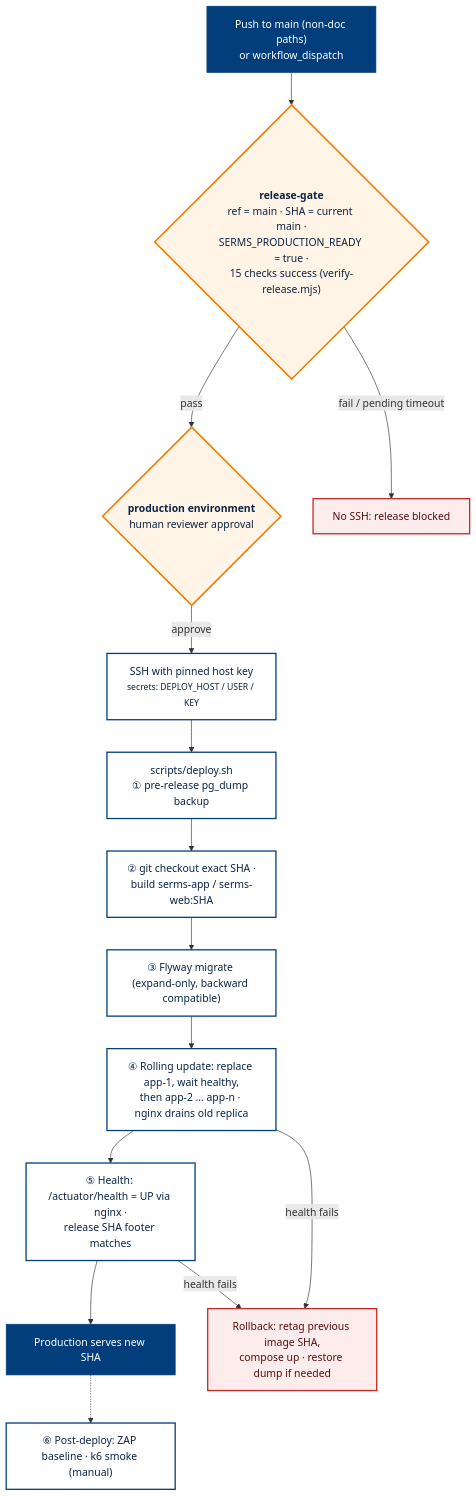
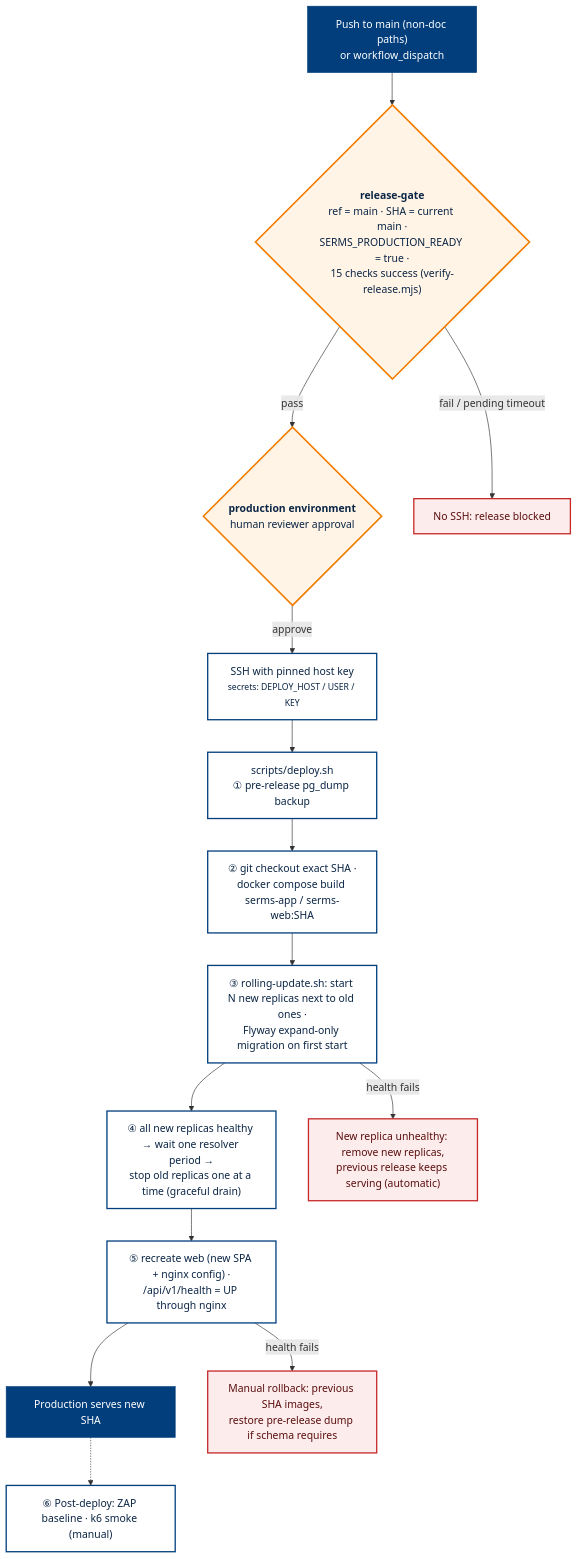
Before and after one commit to cpg25ncu/shared-equipment-reservation-and-maintenance-system: the diagram in docs/diagrams/report/18-cd-pipeline.mmd, drawn with Mermaid. The commit also changed 71 other files, not shown here.

```diff
--- a/docs/diagrams/report/18-cd-pipeline.mmd
+++ b/docs/diagrams/report/18-cd-pipeline.mmd
@@ -1,23 +1,23 @@
 %% Continuous delivery: gated release of main to production with rolling update
 flowchart TB
   classDef trig fill:#023E7C,stroke:#023E7C,color:#FFFFFF
   classDef job fill:#FFFFFF,stroke:#023E7C,stroke-width:2px,color:#0B2545
   classDef gate fill:#FFF4E6,stroke:#F17D00,stroke-width:2.5px,color:#0B2545
   classDef bad fill:#FDECEC,stroke:#C62828,stroke-width:2px,color:#5A0E0E
   M["Push to main (non-doc paths)<br/>or workflow_dispatch"]:::trig
   G1{"<b>release-gate</b><br/>ref = main · SHA = current main ·<br/>SERMS_PRODUCTION_READY = true ·<br/>15 checks success (verify-release.mjs)"}:::gate
   G2{"<b>production environment</b><br/>human reviewer approval"}:::gate
   D1["SSH with pinned host key<br/><small>secrets: DEPLOY_HOST / USER / KEY</small>"]:::job
   D2["scripts/deploy.sh<br/>① pre-release pg_dump backup"]:::job
-  D3["② git checkout exact SHA ·<br/>build serms-app / serms-web:SHA"]:::job
-  D4["③ Flyway migrate (expand-only, backward compatible)"]:::job
-  D5["④ Rolling update: replace app-1, wait healthy,<br/>then app-2 … app-n · nginx drains old replica"]:::job
-  D6["⑤ Health: /actuator/health = UP via nginx ·<br/>release SHA footer matches"]:::job
+  D3["② git checkout exact SHA ·<br/>docker compose build serms-app / serms-web:SHA"]:::job
+  D4["③ rolling-update.sh: start N new replicas next to old ones ·<br/>Flyway expand-only migration on first start"]:::job
+  D5["④ all new replicas healthy → wait one resolver period →<br/>stop old replicas one at a time (graceful drain)"]:::job
+  D6["⑤ recreate web (new SPA + nginx config) ·<br/>/api/v1/health = UP through nginx"]:::job
   D7["⑥ Post-deploy: ZAP baseline · k6 smoke (manual)"]:::job
   OK["Production serves new SHA"]:::trig
-  RB["Rollback: retag previous image SHA,<br/>compose up · restore dump if needed"]:::bad
+  RB["New replica unhealthy: remove new replicas,<br/>previous release keeps serving (automatic)"]:::bad
   M --> G1 -- pass --> G2 -- approve --> D1 --> D2 --> D3 --> D4 --> D5 --> D6 --> OK
   G1 -- "fail / pending timeout" --> X["No SSH: release blocked"]:::bad
-  D5 -- "health fails" --> RB
-  D6 -- "health fails" --> RB
+  D4 -- "health fails" --> RB
+  D6 -- "health fails" --> MR["Manual rollback: previous SHA images,<br/>restore pre-release dump if schema requires"]:::bad
   OK -.-> D7
```
